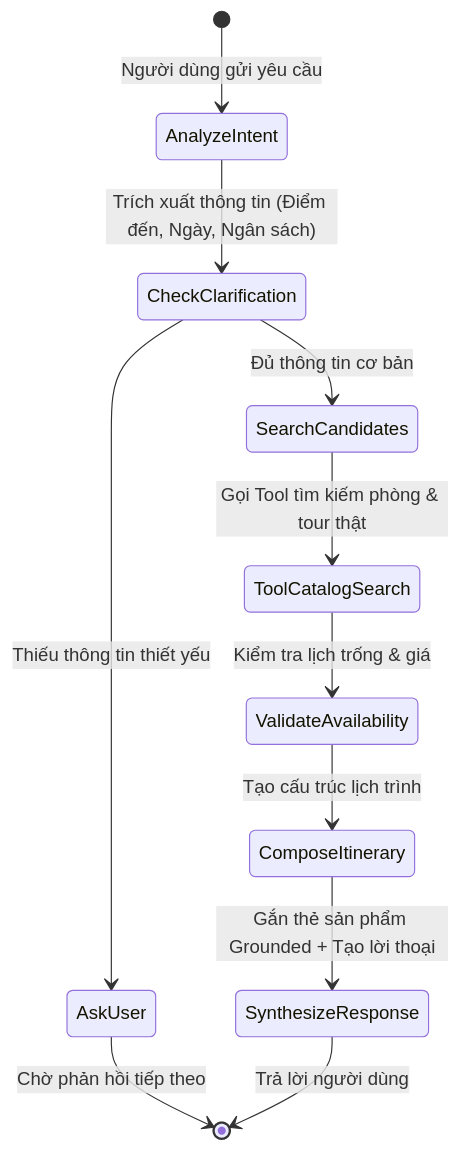
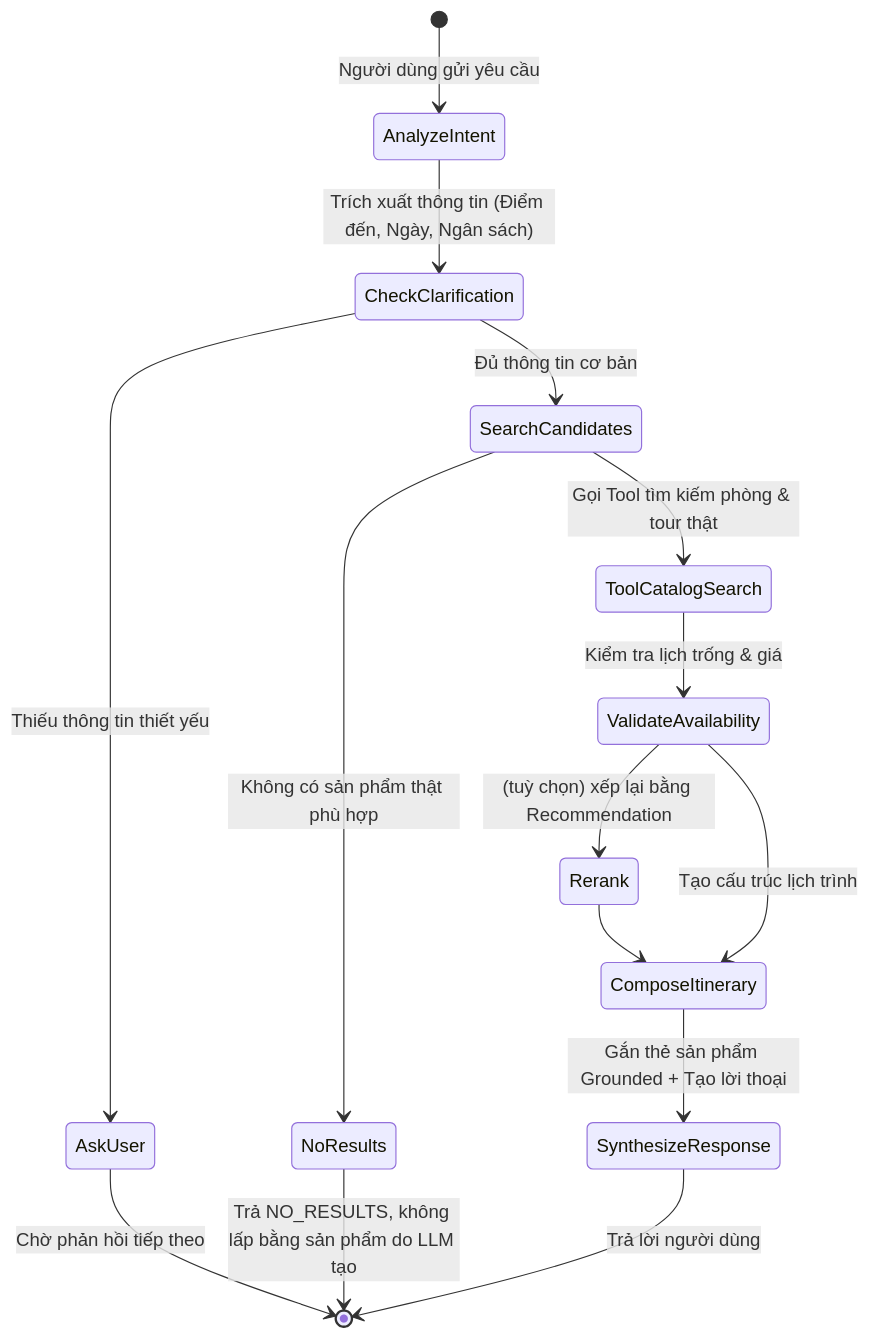
Before and after one commit to NguyenNhat4/Travel-Recommend-System: the second of 2 diagrams in docs/prd/architecture.md, drawn with Mermaid. The commit also changed other lines of this file and 8 other files, not shown here.

Commit message:
docs: reorganize project documentation and consolidate architecture files

````diff
--- a/docs/prd/architecture.md
+++ b/docs/prd/architecture.md
@@ -143,16 +139,20 @@
 ```mermaid
 stateDiagram-v2
     [*] --> AnalyzeIntent: Người dùng gửi yêu cầu
     AnalyzeIntent --> CheckClarification: Trích xuất thông tin (Điểm đến, Ngày, Ngân sách)
     
     CheckClarification --> AskUser: Thiếu thông tin thiết yếu
     AskUser --> [*]: Chờ phản hồi tiếp theo
     
     CheckClarification --> SearchCandidates: Đủ thông tin cơ bản
     SearchCandidates --> ToolCatalogSearch: Gọi Tool tìm kiếm phòng & tour thật
     ToolCatalogSearch --> ValidateAvailability: Kiểm tra lịch trống & giá
     
+    SearchCandidates --> NoResults: Không có sản phẩm thật phù hợp
+    NoResults --> [*]: Trả NO_RESULTS, không lấp bằng sản phẩm do LLM tạo
+    ValidateAvailability --> Rerank: (tuỳ chọn) xếp lại bằng Recommendation
+    Rerank --> ComposeItinerary
     ValidateAvailability --> ComposeItinerary: Tạo cấu trúc lịch trình
     ComposeItinerary --> SynthesizeResponse: Gắn thẻ sản phẩm Grounded + Tạo lời thoại
     SynthesizeResponse --> [*]: Trả lời người dùng
 ```
````
